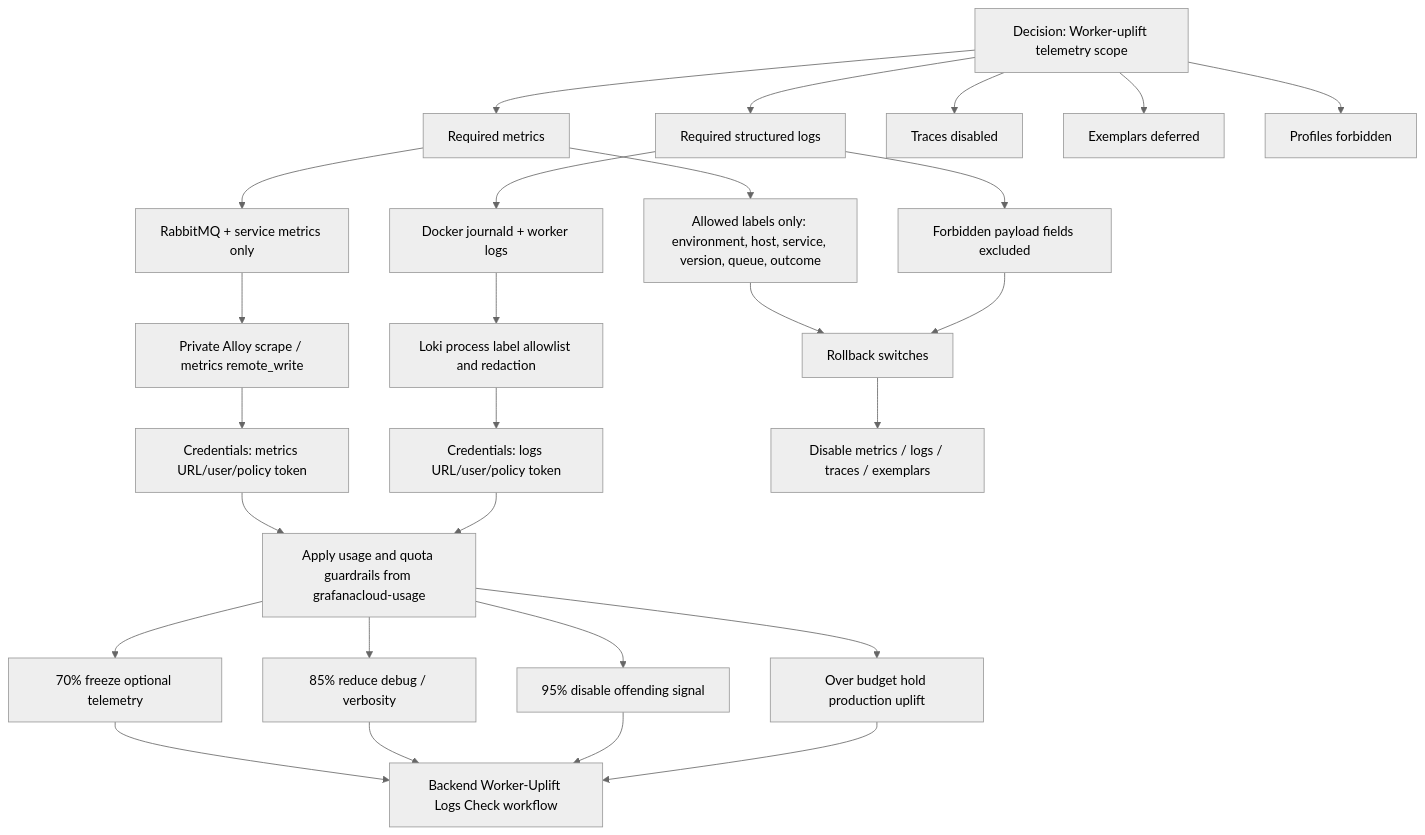
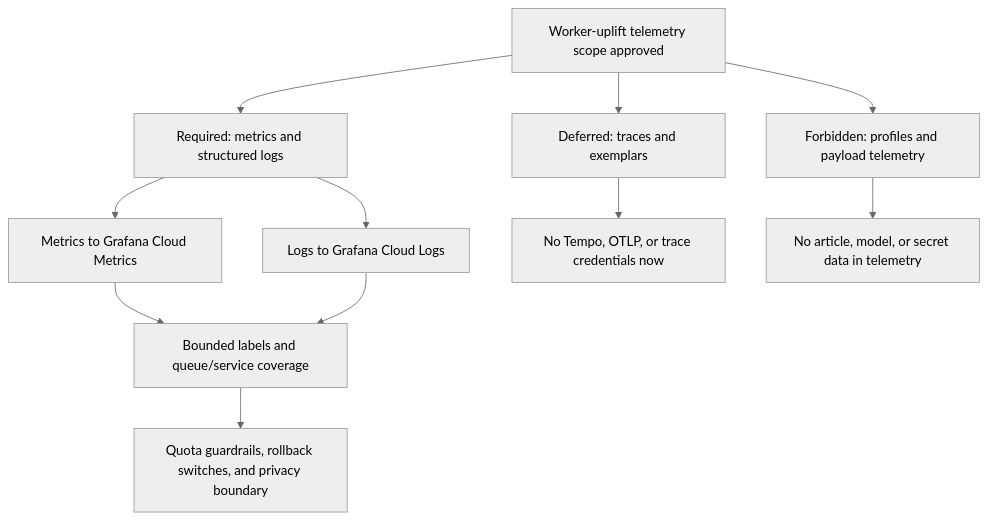
One commit to ramideltoro/nutsnews-docs changed the diagram in diagrams/NUTSNEWS_WORKER_UPLIFT_TELEMETRY_SCOPE.mmd. Above: the diagram before and after it, drawn with Mermaid (neutral theme). The commit also changed 7 other files, not shown here.

```diff
--- a/diagrams/NUTSNEWS_WORKER_UPLIFT_TELEMETRY_SCOPE.mmd
+++ b/diagrams/NUTSNEWS_WORKER_UPLIFT_TELEMETRY_SCOPE.mmd
@@ -1,38 +1,19 @@
 flowchart TD
-  accTitle: NutsNews Worker-Uplift Telemetry Scope
+  accTitle: Worker-uplift telemetry scope decision flow
   accDescr {
-    Status: approved for ramideltoro/nutsnews-worker#144 on 2026-07-23.
+    The diagram starts with the approved worker-uplift telemetry scope, splits it into
+    required metrics and logs, deferred traces and exemplars, and forbidden profiles and
+    payload telemetry, then shows that metrics and logs go to Grafana Cloud with bounded
+    labels, while the policy also enforces quota guardrails, rollback switches, and privacy
+    limits.
   }
-  A["Decision: Worker-uplift telemetry scope"] --> B["Required metrics"]
-  A --> C["Required structured logs"]
-  A --> D["Traces disabled"]
-  A --> E["Exemplars deferred"]
-  A --> F["Profiles forbidden"]
-
-  B --> G["RabbitMQ + service metrics only"]
-  G --> H["Private Alloy scrape / metrics remote_write"]
-  C --> I["Docker journald + worker logs"]
-  I --> J["Loki process label allowlist and redaction"]
-
-  H --> K["Credentials: metrics URL/user/policy token"]
-  J --> L["Credentials: logs URL/user/policy token"]
-
-  K --> M["Apply usage and quota guardrails from grafanacloud-usage"]
-  L --> M
-
-  M --> N["70% freeze optional telemetry"]
-  M --> O["85% reduce debug / verbosity"]
-  M --> P["95% disable offending signal"]
-  M --> Q["Over budget hold production uplift"]
-
-  B --> R["Allowed labels only: environment, host, service, version, queue, outcome"]
-  C --> S["Forbidden payload fields excluded"]
-
-  T["Rollback switches"] --> U["Disable metrics / logs / traces / exemplars"]
-  R --> T
-  S --> T
-
-  N --> V["Backend Worker-Uplift Logs Check workflow"]
-  O --> V
-  P --> V
-  Q --> V
+  A[Worker-uplift telemetry scope approved] --> B[Required: metrics and structured logs]
+  A --> C[Deferred: traces and exemplars]
+  A --> D[Forbidden: profiles and payload telemetry]
+  B --> E[Metrics to Grafana Cloud Metrics]
+  B --> F[Logs to Grafana Cloud Logs]
+  C --> G[No Tempo, OTLP, or trace credentials now]
+  D --> H[No article, model, or secret data in telemetry]
+  E --> I[Bounded labels and queue/service coverage]
+  F --> I
+  I --> J[Quota guardrails, rollback switches, and privacy boundary]
```
